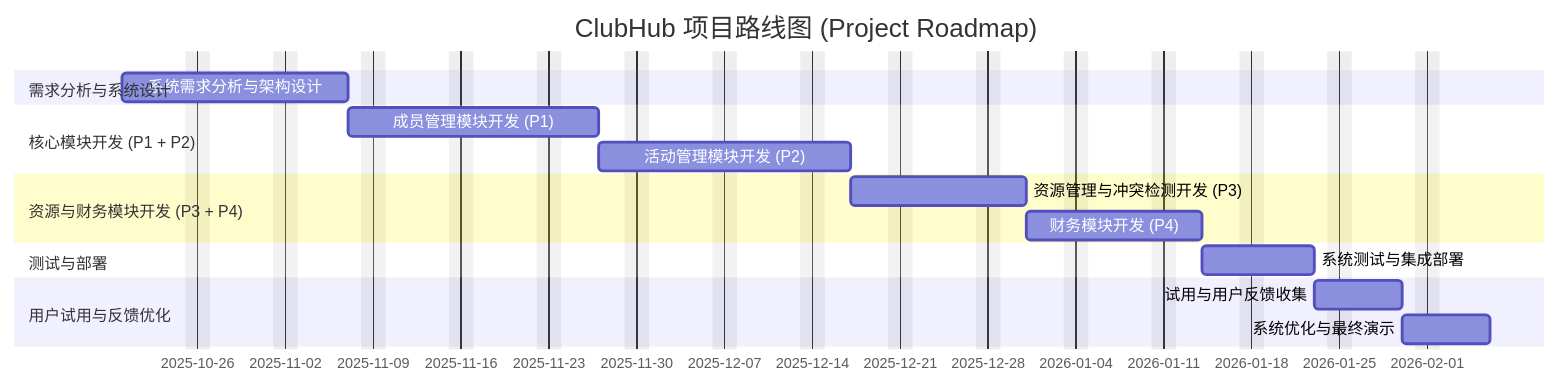
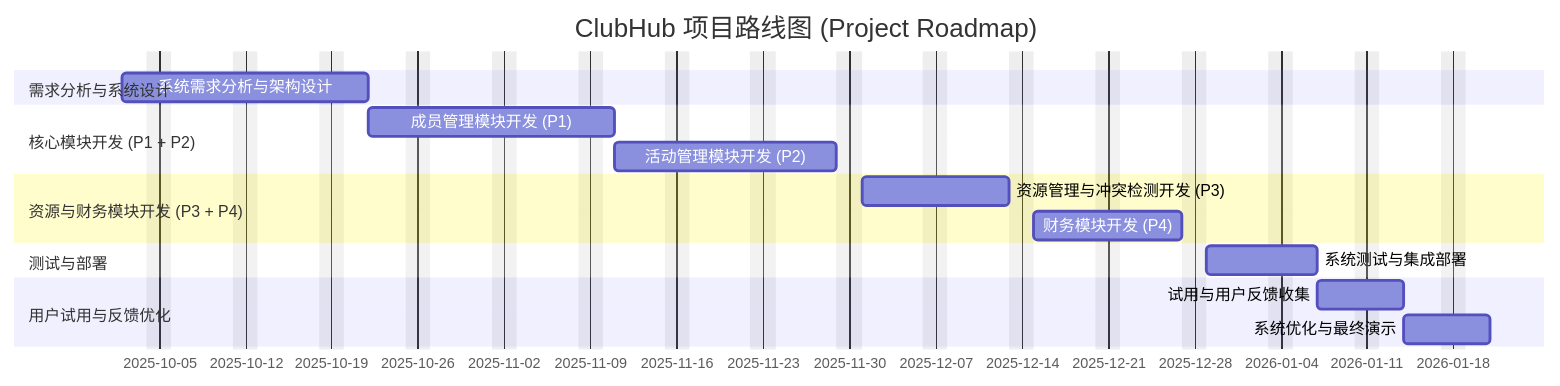
One commit to Herriany/iodraw-files changed the diagram in all/未命名.md. Above: the diagram before and after it, drawn with Mermaid.

Commit message:
2025-11-02 18:34:37 update

````diff
--- a/all/未命名.md
+++ b/all/未命名.md
@@ -1,26 +1,26 @@
 ```mermaid
 %%{init: {'themeVariables': { 'fontSize': '8px' }}}%%
 gantt
     title ClubHub 项目路线图 (Project Roadmap)
     dateFormat  YYYY-MM-DD
     excludes weekends
 
     section 需求分析与系统设计
-    系统需求分析与架构设计       :a1, 2025-10-20, 14d
+    系统需求分析与架构设计       :a1, 2025-10-2, 14d
 
     section 核心模块开发 (P1 + P2)
     成员管理模块开发 (P1)        :a2, after a1, 14d
     活动管理模块开发 (P2)        :a3, after a2, 14d
 
     section 资源与财务模块开发 (P3 + P4)
     资源管理与冲突检测开发 (P3)  :a4, after a3, 10d
     财务模块开发 (P4)            :a5, after a4, 10d
 
     section 测试与部署
     系统测试与集成部署           :a6, after a5, 7d
 
     section 用户试用与反馈优化
     试用与用户反馈收集           :a7, after a6, 5d
     系统优化与最终演示           :a8, after a7, 5d
 
 ```
````
